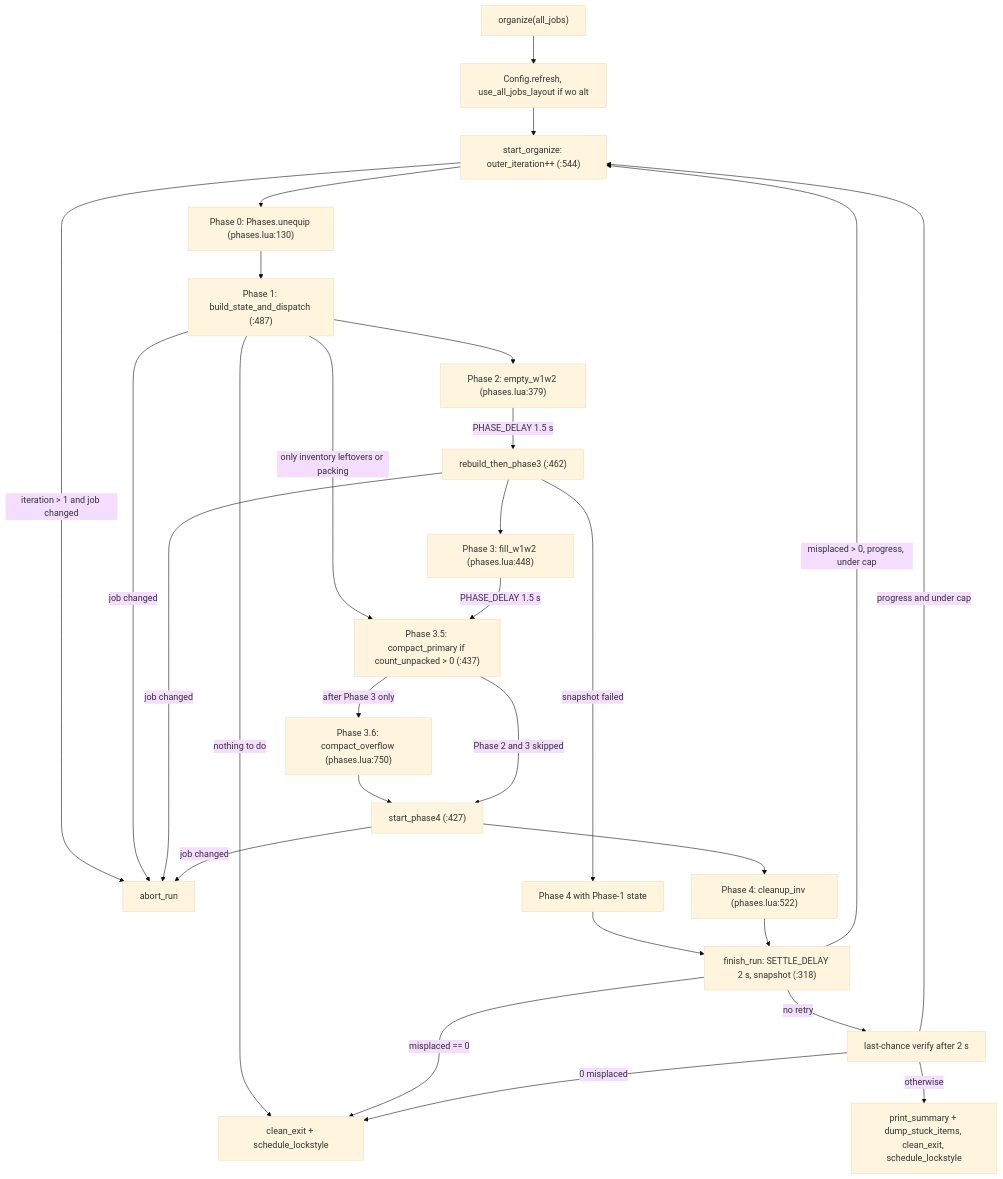
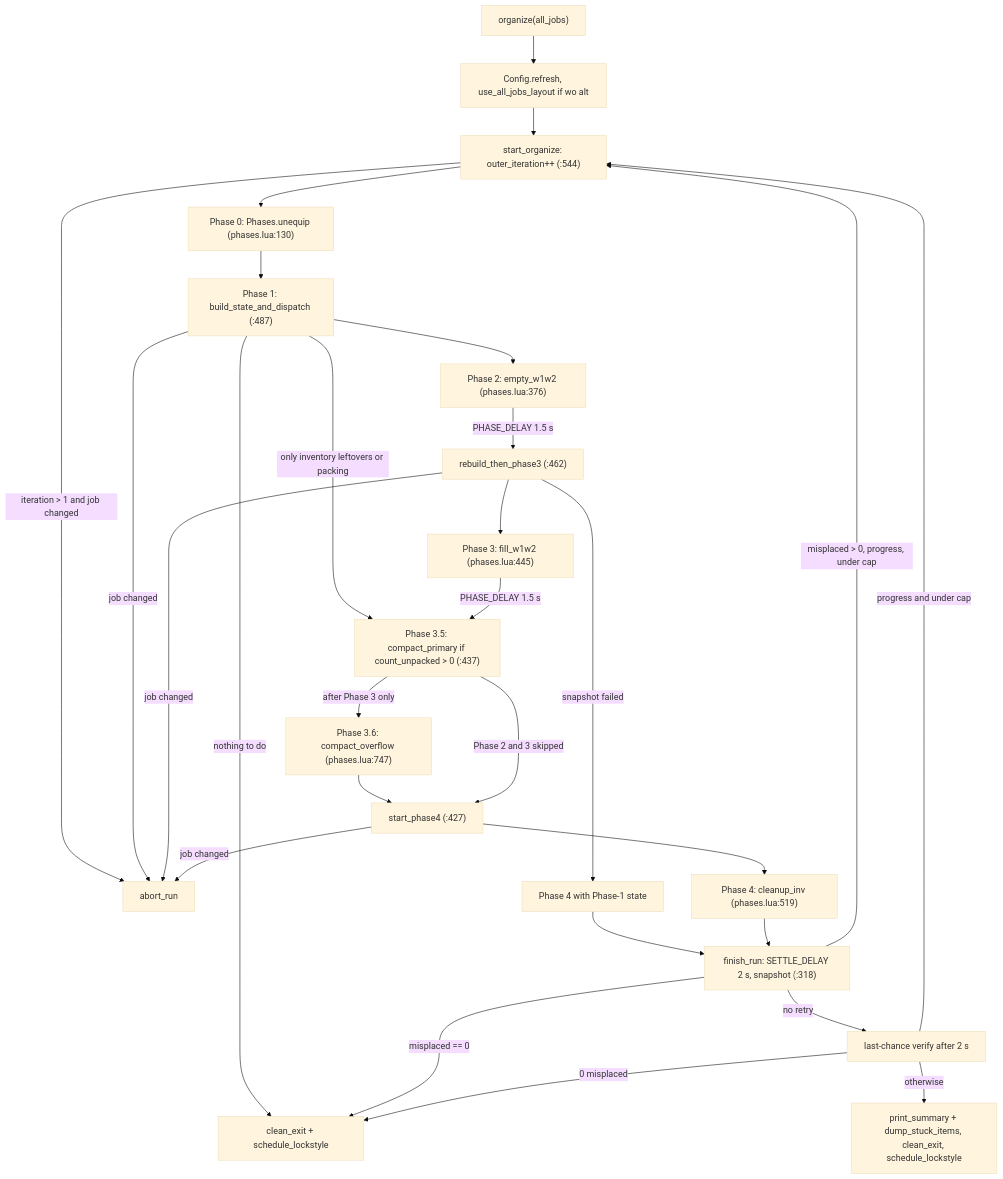
Before and after one commit to ejouanchicot/Gearswap: the first of 2 diagrams in docs/dev/systems/wardrobe-organizer.md, drawn with Mermaid (base theme). The commit also changed other lines of this file and 59 other files, not shown here.

````diff
--- a/docs/dev/systems/wardrobe-organizer.md
+++ b/docs/dev/systems/wardrobe-organizer.md
@@ -65,30 +65,30 @@
 ```mermaid
 flowchart TD
     A["organize(all_jobs)"] --> RF["Config.refresh, use_all_jobs_layout if wo alt"]
     RF --> B["start_organize: outer_iteration++ (:544)"]
     B -->|"iteration > 1 and job changed"| X["abort_run"]
     B --> P0["Phase 0: Phases.unequip (phases.lua:130)"]
     P0 --> P1["Phase 1: build_state_and_dispatch (:487)"]
     P1 -->|"job changed"| X
     P1 -->|"nothing to do"| OK["clean_exit + schedule_lockstyle"]
     P1 -->|"only inventory leftovers or packing"| P35
-    P1 --> P2["Phase 2: empty_w1w2 (phases.lua:379)"]
+    P1 --> P2["Phase 2: empty_w1w2 (phases.lua:376)"]
     P2 -->|"PHASE_DELAY 1.5 s"| R["rebuild_then_phase3 (:462)"]
     R -->|"job changed"| X
     R -->|"snapshot failed"| P4b["Phase 4 with Phase-1 state"]
-    R --> P3["Phase 3: fill_w1w2 (phases.lua:448)"]
+    R --> P3["Phase 3: fill_w1w2 (phases.lua:445)"]
     P3 -->|"PHASE_DELAY 1.5 s"| P35["Phase 3.5: compact_primary if count_unpacked > 0 (:437)"]
-    P35 -->|"after Phase 3 only"| P36["Phase 3.6: compact_overflow (phases.lua:750)"]
+    P35 -->|"after Phase 3 only"| P36["Phase 3.6: compact_overflow (phases.lua:747)"]
     P36 --> P4["start_phase4 (:427)"]
     P35 -->|"Phase 2 and 3 skipped"| P4
     P4 -->|"job changed"| X
-    P4 --> C4["Phase 4: cleanup_inv (phases.lua:522)"]
+    P4 --> C4["Phase 4: cleanup_inv (phases.lua:519)"]
     P4b --> F
     C4 --> F["finish_run: SETTLE_DELAY 2 s, snapshot (:318)"]
     F -->|"misplaced > 0, progress, under cap"| B
     F -->|"misplaced == 0"| OK
     F -->|"no retry"| V["last-chance verify after 2 s"]
     V -->|"0 misplaced"| OK
     V -->|"progress and under cap"| B
     V -->|"otherwise"| S["print_summary + dump_stuck_items, clean_exit, schedule_lockstyle"]
 ```
````
